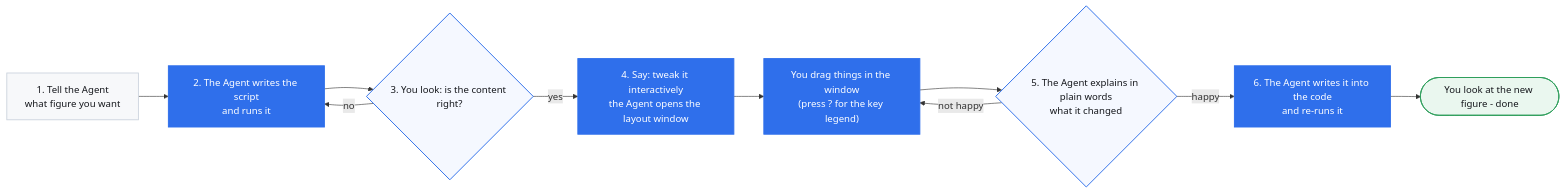
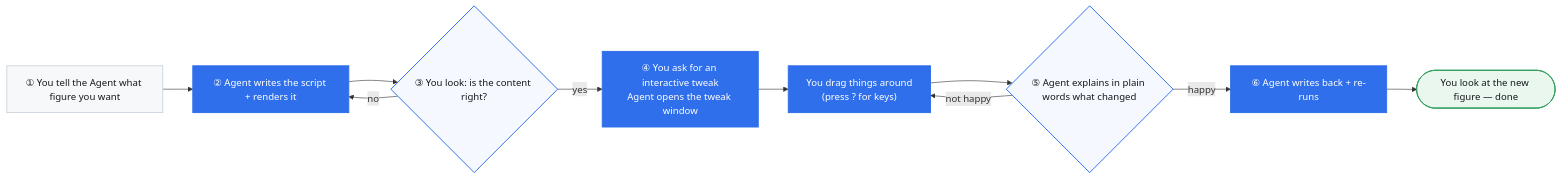
The diagram in README.en.md (shdbl/mpltweak), drawn with Mermaid before and after one commit. The commit also changed other lines of this file and 35 other files, not shown here.

````diff
--- a/README.en.md
+++ b/README.en.md
@@ -168,17 +95,17 @@
 ```mermaid
 flowchart LR
-    A["1. Tell the Agent<br/>what figure you want"]:::script --> B["2. The Agent writes the script<br/>and runs it"]:::win
-    B --> C{"3. You look: is the content right?"}:::check
+    A["① You tell the Agent what figure you want"]:::script --> B["② Agent writes the script + renders it"]:::win
+    B --> C{"③ You look: is the content right?"}:::check
     C -->|no| B
-    C -->|yes| D["4. Say: tweak it interactively<br/>the Agent opens the layout window"]:::win
-    D --> E["You drag things in the window<br/>(press ? for the key legend)"]:::win
-    E --> F{"5. The Agent explains in plain words<br/>what it changed"}:::check
+    C -->|yes| D["④ You ask for an interactive tweak<br/>Agent opens the tweak window"]:::win
+    D --> E["You drag things around<br/>(press ? for keys)"]:::win
+    E --> F{"⑤ Agent explains in plain words what changed"}:::check
     F -->|not happy| E
-    F -->|happy| G["6. The Agent writes it into the code<br/>and re-runs it"]:::win
-    G --> Z(["You look at the new figure - done"]):::ok
+    F -->|happy| G["⑥ Agent writes back + re-runs"]:::win
+    G --> Z(["You look at the new figure — done"]):::ok
 
     classDef script fill:#F7F8FA,stroke:#C9D1DB,stroke-width:1.4px,color:#16181D
     classDef win fill:#2F6FEB,stroke:#2F6FEB,stroke-width:1.6px,color:#FFFFFF
     classDef check fill:#F5F8FF,stroke:#2F6FEB,stroke-width:1.6px,color:#16181D
     classDef ok fill:#EAF7EF,stroke:#2E9E5B,stroke-width:1.4px,color:#16181D
 ```
````
